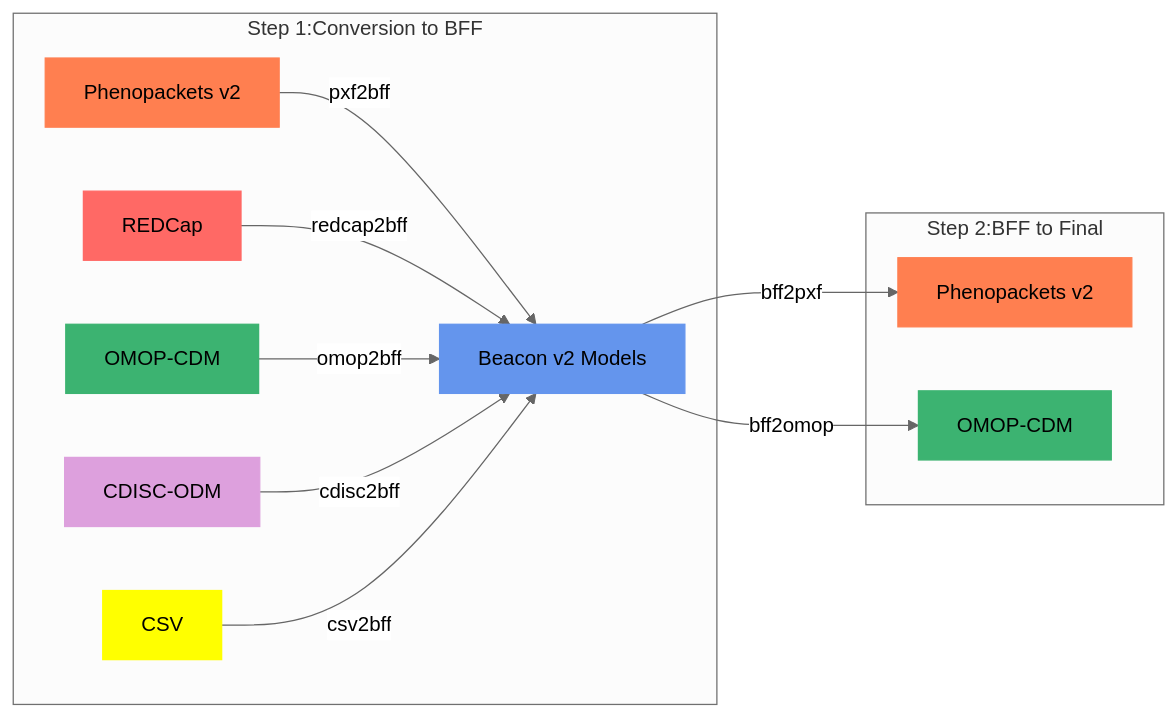
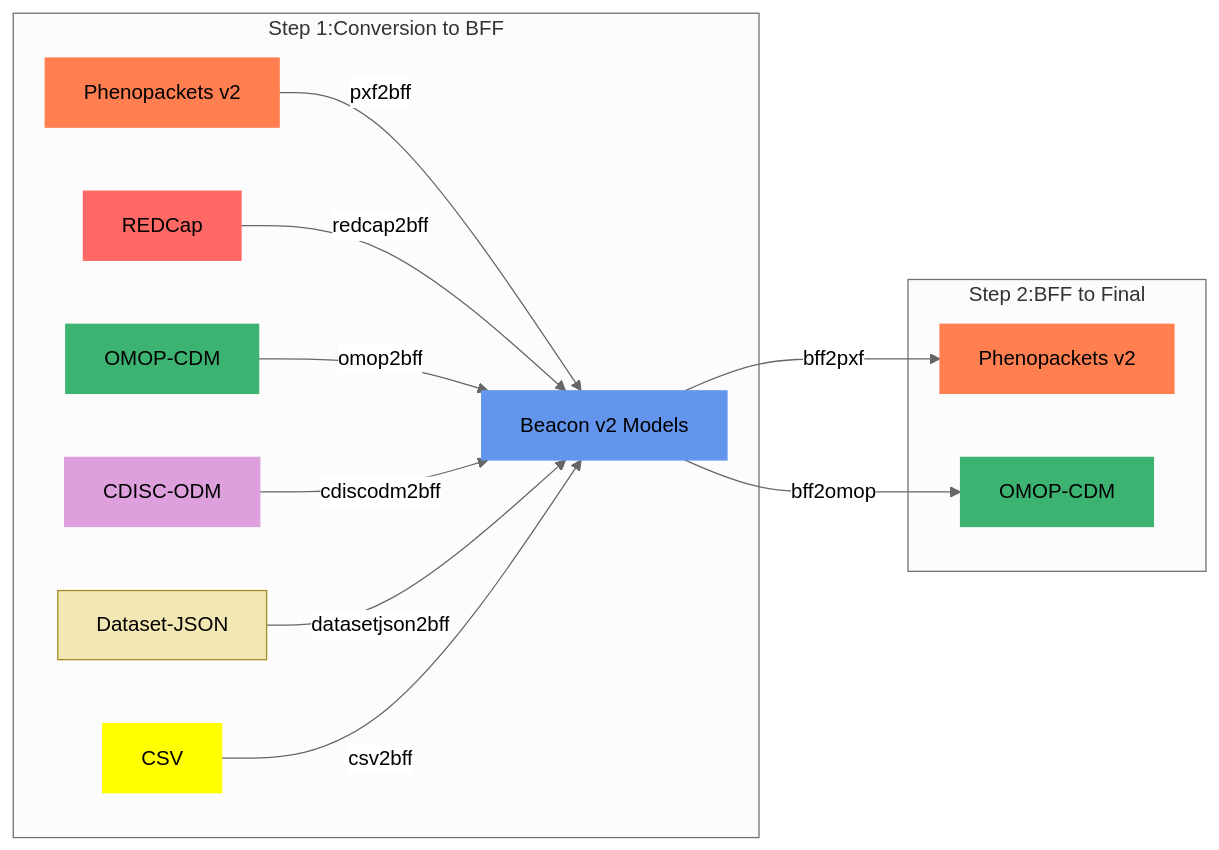
The diagram in docs-site/docs/mapping-steps.mdx (CNAG-Biomedical-Informatics/convert-pheno), drawn with Mermaid before and after one commit. The commit also changed other lines of this file and 80 other files, not shown here.

Commit message:
Add CDISC Dataset-JSON input support

````diff
--- a/docs-site/docs/mapping-steps.mdx
+++ b/docs-site/docs/mapping-steps.mdx
@@ -40,26 +40,28 @@
 ```mermaid
 %%{init: {'theme':'neutral'}}%%
 graph LR
   subgraph "Step 1:Conversion to BFF"
   B[Phenopackets v2] -->|pxf2bff| A
   C[REDCap] -->|redcap2bff| A[Beacon v2 Models]
   D[OMOP-CDM] -->|omop2bff| A
-  E[CDISC-ODM] -->|cdisc2bff| A
+  E[CDISC-ODM] -->|cdiscodm2bff| A
+  I[Dataset-JSON] -->|datasetjson2bff| A
   G[CSV] -->|csv2bff| A
   end
 
   subgraph "Step 2:BFF to Final"
   A --> |bff2pxf | F[Phenopackets v2]
   A --> |bff2omop| H[OMOP-CDM]
   end
 
   style A fill: #6495ED, stroke: #6495ED
   style B fill: #FF7F50, stroke: #FF7F50
   style C fill: #FF6965, stroke: #FF6965
   style D fill: #3CB371, stroke: #3CB371
   style E fill: #DDA0DD, stroke: #DDA0DD
   style F fill: #FF7F50, stroke: #FF7F50
   style G fill: #FFFF00, stroke: #FFFF00
   style H fill: #3CB371, stroke: #3CB371
+  style I fill: #F3E7B3, stroke: #A58A28
 
 ```
````
